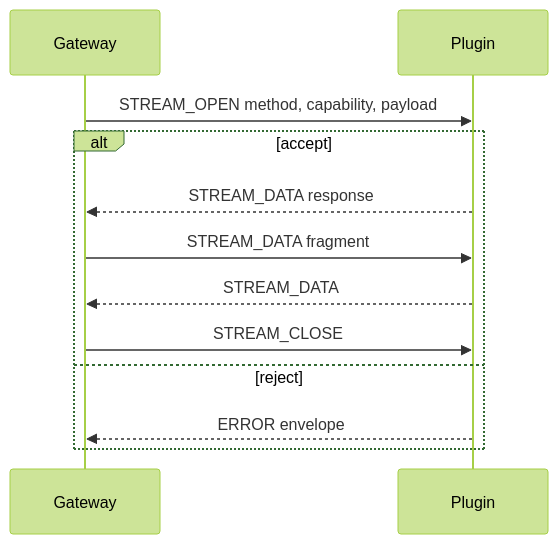
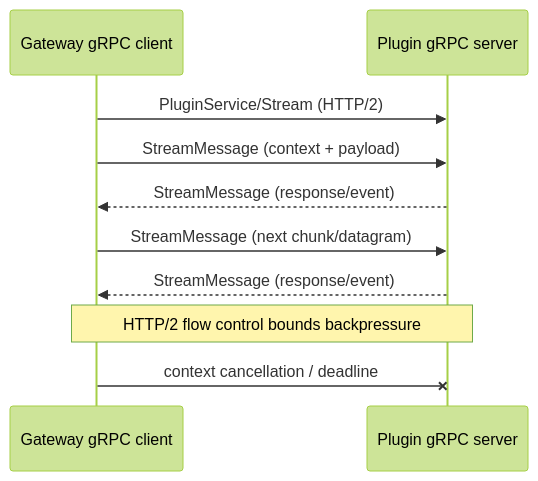
The diagram in diagrams/plugin-stream.mmd (Liapoldus/liapoldus.github.io), drawn with Mermaid (forest theme) before and after one commit. The commit also changed 63 other files, not shown here.

```diff
--- a/diagrams/plugin-stream.mmd
+++ b/diagrams/plugin-stream.mmd
@@ -1,12 +1,10 @@
 sequenceDiagram
-    participant G as Gateway
-    participant P as Plugin
-    G->>P: STREAM_OPEN method, capability, payload
-    alt accept
-        P-->>G: STREAM_DATA response
-        G->>P: STREAM_DATA fragment
-        P-->>G: STREAM_DATA
-        G->>P: STREAM_CLOSE
-    else reject
-        P-->>G: ERROR envelope
-    end
+    participant G as Gateway gRPC client
+    participant P as Plugin gRPC server
+    G->>P: PluginService/Stream (HTTP/2)
+    G->>P: StreamMessage (context + payload)
+    P-->>G: StreamMessage (response/event)
+    G->>P: StreamMessage (next chunk/datagram)
+    P-->>G: StreamMessage (response/event)
+    Note over G,P: HTTP/2 flow control bounds backpressure
+    G-xP: context cancellation / deadline
```
